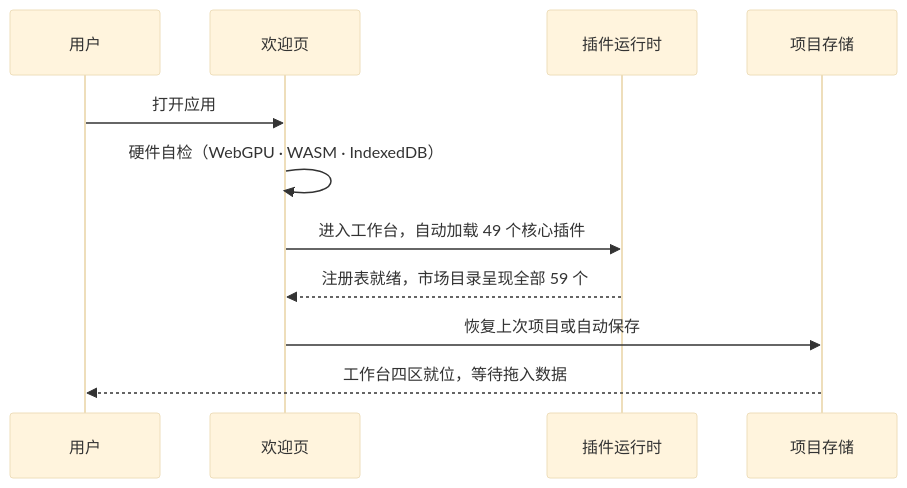
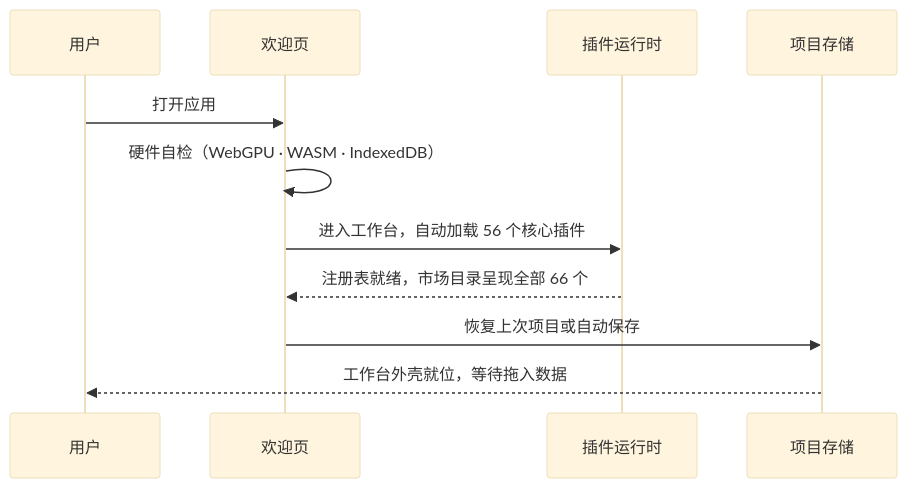
The second of 3 diagrams in docs/technical/02-系统架构.md (SnowLeopard-io/ErgalicsStudio), drawn with Mermaid (base theme) before and after one commit. The commit also changed other lines of this file and 128 other files, not shown here.

````diff
--- a/docs/technical/02-系统架构.md
+++ b/docs/technical/02-系统架构.md
@@ -99,13 +100,13 @@
 ```mermaid
 sequenceDiagram
     participant U as 用户
     participant W as 欢迎页
     participant P as 插件运行时
     participant S as 项目存储
     U->>W: 打开应用
     W->>W: 硬件自检（WebGPU · WASM · IndexedDB）
-    W->>P: 进入工作台，自动加载 49 个核心插件
-    P-->>W: 注册表就绪，市场目录呈现全部 59 个
+    W->>P: 进入工作台，自动加载 56 个核心插件
+    P-->>W: 注册表就绪，市场目录呈现全部 66 个
     W->>S: 恢复上次项目或自动保存
-    S-->>U: 工作台四区就位，等待拖入数据
+    S-->>U: 工作台外壳就位，等待拖入数据
 ```
````
